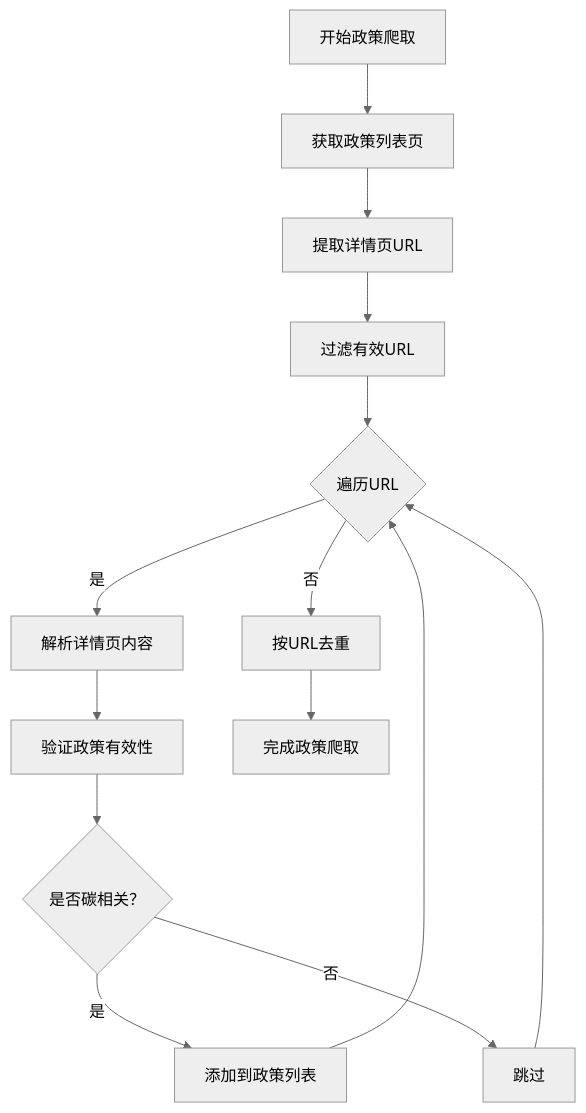
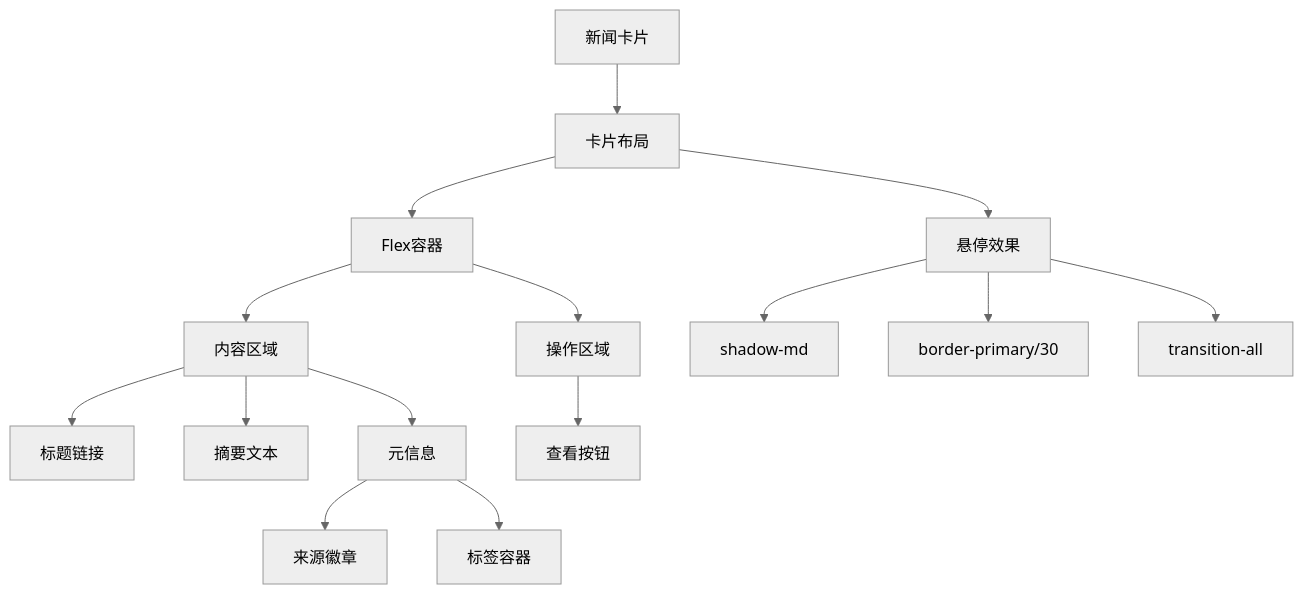
Diagram 11 of 20 in .qoder/repowiki/zh/content/数据管理/新闻数据管理/增强的新闻数据管理.md (liangxuanliang-cmd/carbon-info-agent), drawn with Mermaid (neutral theme) before and after one commit. The commit also changed other lines of this file and 7 other files, not shown here.

````diff
--- a/.qoder/repowiki/zh/content/数据管理/新闻数据管理/增强的新闻数据管理.md
+++ b/.qoder/repowiki/zh/content/数据管理/新闻数据管理/增强的新闻数据管理.md
@@ -418,16 +474,17 @@
 ```mermaid
 flowchart TD
-StartPolicy["开始政策爬取"] --> GetList["获取政策列表页"]
-GetList --> ExtractURLs["提取详情页URL"]
-ExtractURLs --> FilterURLs["过滤有效URL"]
-FilterURLs --> LoopURLs{"遍历URL"}
-LoopURLs --> |是| ParseDetail["解析详情页内容"]
-ParseDetail --> ValidatePolicy["验证政策有效性"]
-ValidatePolicy --> IsCarbon{"是否碳相关？"}
-IsCarbon --> |是| AddPolicy["添加到政策列表"]
-IsCarbon --> |否| SkipPolicy["跳过"]
-AddPolicy --> LoopURLs
-SkipPolicy --> LoopURLs
-LoopURLs --> |否| Deduplicate["按URL去重"]
-Deduplicate --> EndPolicy["完成政策爬取"]
+NewsCard["新闻卡片"] --> CardLayout["卡片布局"]
+CardLayout --> FlexContainer["Flex容器"]
+FlexContainer --> ContentArea["内容区域"]
+FlexContainer --> ActionArea["操作区域"]
+ContentArea --> TitleLink["标题链接"]
+ContentArea --> SummaryText["摘要文本"]
+ContentArea --> MetaInfo["元信息"]
+MetaInfo --> SourceBadge["来源徽章"]
+MetaInfo --> TagsContainer["标签容器"]
+ActionArea --> ViewButton["查看按钮"]
+CardLayout --> HoverEffects["悬停效果"]
+HoverEffects --> ShadowEffect["shadow-md"]
+HoverEffects --> BorderEffect["border-primary/30"]
+HoverEffects --> TransitionEffect["transition-all"]
 ```
````
